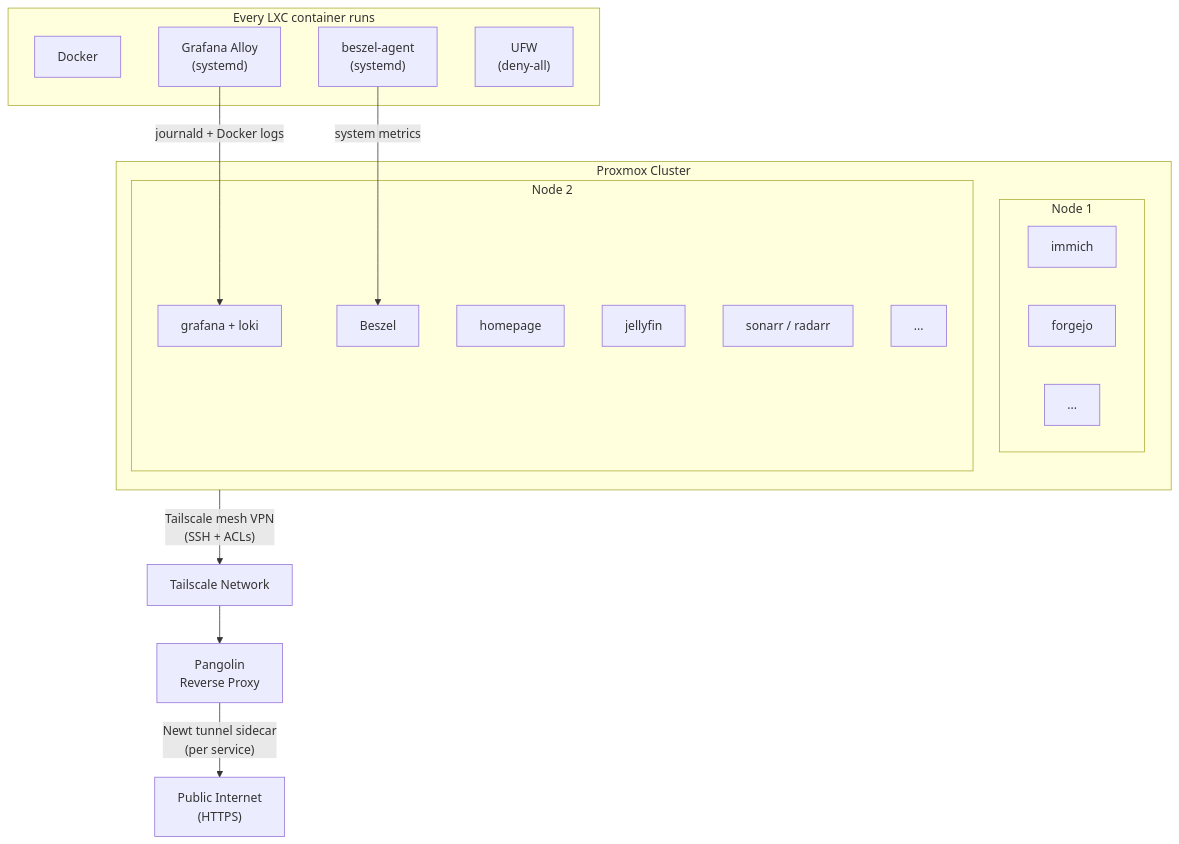
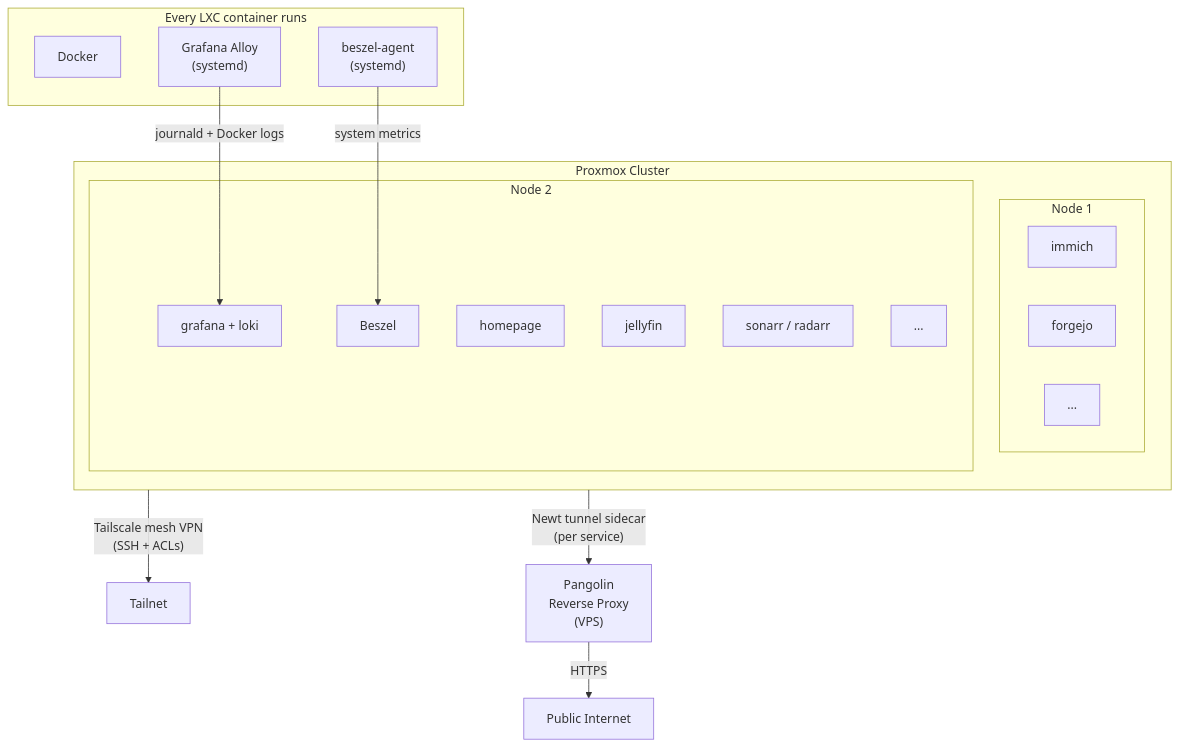
Before and after one commit to davegallant/homelab: the diagram in README.md, drawn with Mermaid. The commit also changed other lines of this file, not shown here.

Commit message:
docs(readme): clarify pangolin runs on vps independent of tailscale

````diff
--- a/README.md
+++ b/README.md
@@ -14,32 +14,31 @@
 ```mermaid
 graph TD
     subgraph Proxmox["Proxmox Cluster"]
         subgraph N1["Node 1"]
             immich["immich"]
             forgejo["forgejo"]
             n1etc["..."]
         end
         subgraph N2["Node 2"]
             grafana["grafana + loki"]
             beszel["beszel"]
             homepage["homepage"]
             jellyfin["jellyfin"]
             sonarr["sonarr / radarr"]
             n2etc["..."]
         end
     end
 
-    Proxmox -->|"Tailscale mesh VPN\n(SSH + ACLs)"| ts["Tailscale Network"]
-    ts --> pangolin["Pangolin\nReverse Proxy"]
-    pangolin -->|"Newt tunnel sidecar\n(per service)"| internet["Public Internet\n(HTTPS)"]
+    Proxmox -->|"Tailscale mesh VPN\n(SSH + ACLs)"| ts["Tailnet"]
+    Proxmox -->|"Newt tunnel sidecar\n(per service)"| pangolin["Pangolin\nReverse Proxy\n(VPS)"]
+    pangolin -->|"HTTPS"| internet["Public Internet"]
 
     subgraph PerHost["Every LXC container runs"]
         docker["Docker"]
         alloy["Grafana Alloy\n(systemd)"]
         beszelagent["beszel-agent\n(systemd)"]
-        ufw["UFW\n(deny-all)"]
     end
 
     alloy -->|"journald + Docker logs"| grafana
     beszelagent -->|"system metrics"| beszel["Beszel"]
 ```
````
